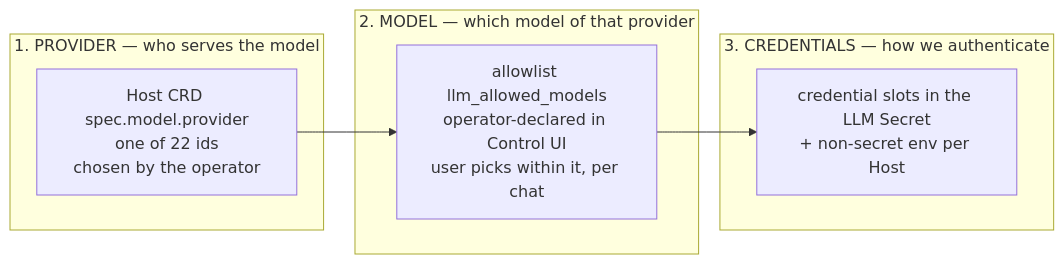
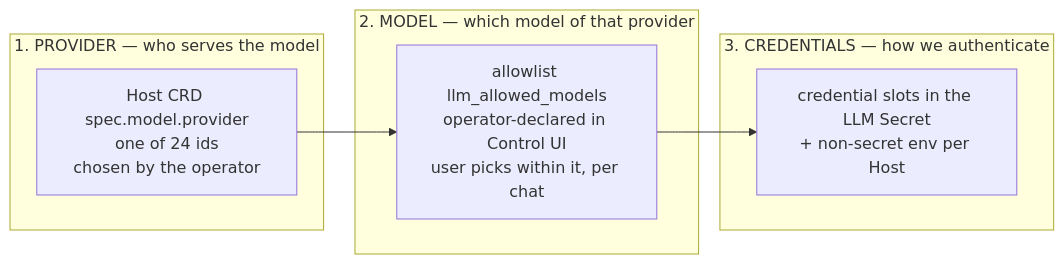
The first of 2 diagrams in docs/llm-providers/README.md (evenfire-ai/evenfire), drawn with Mermaid before and after one commit. The commit also changed other lines of this file and 42 other files, not shown here.

````diff
--- a/docs/llm-providers/README.md
+++ b/docs/llm-providers/README.md
@@ -22,13 +22,13 @@
 ```mermaid
 flowchart LR
   subgraph P["1. PROVIDER — who serves the model"]
-    P1["Host CRD spec.model.provider<br/>one of 22 ids<br/>chosen by the operator"]
+    P1["Host CRD spec.model.provider<br/>one of 24 ids<br/>chosen by the operator"]
   end
   subgraph M["2. MODEL — which model of that provider"]
     M1["allowlist llm_allowed_models<br/>operator-declared in Control UI<br/>user picks within it, per chat"]
   end
   subgraph C["3. CREDENTIALS — how we authenticate"]
     C1["credential slots in the LLM Secret<br/>+ non-secret env per Host"]
   end
   P1 --> M1 --> C1
 ```
````
